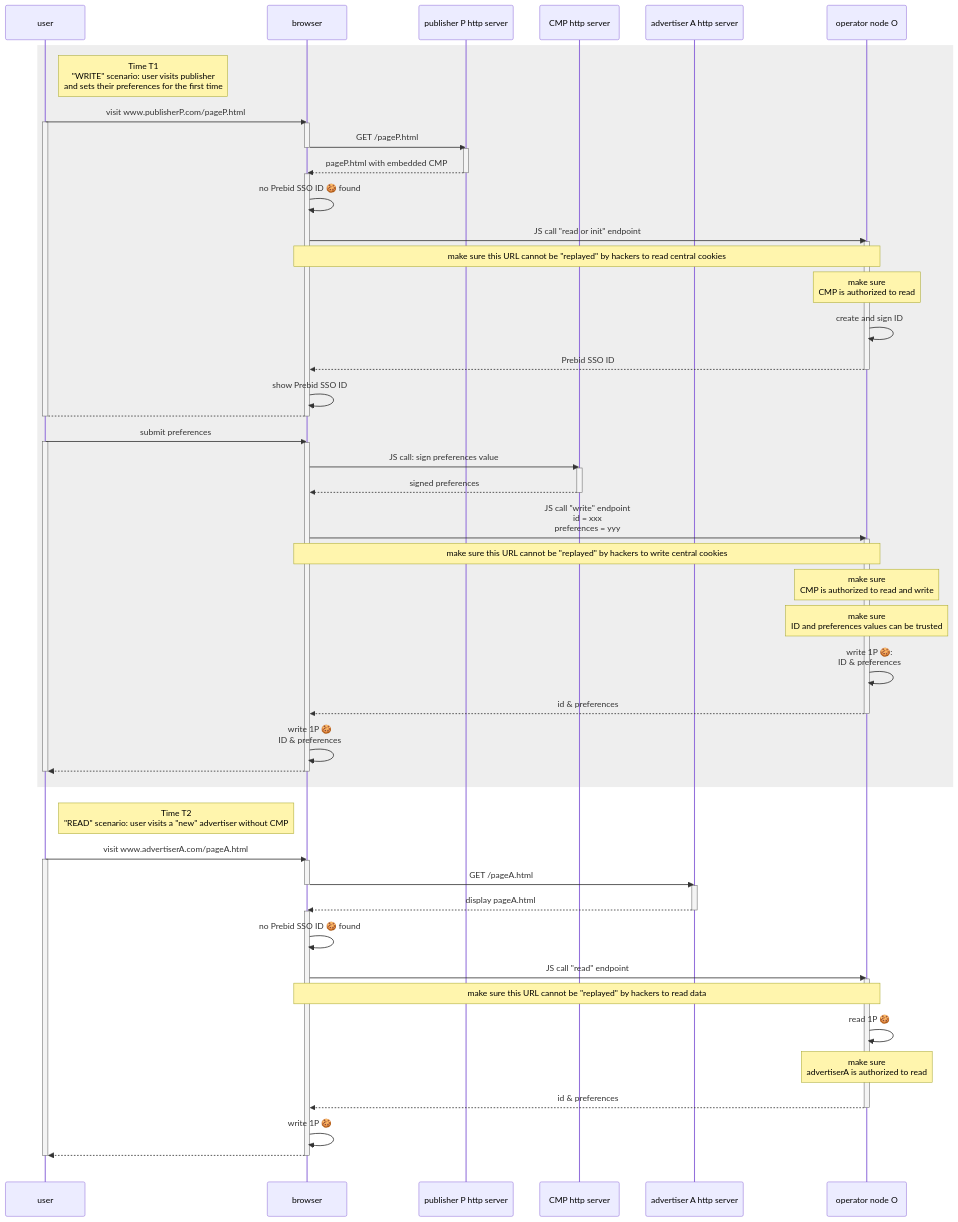
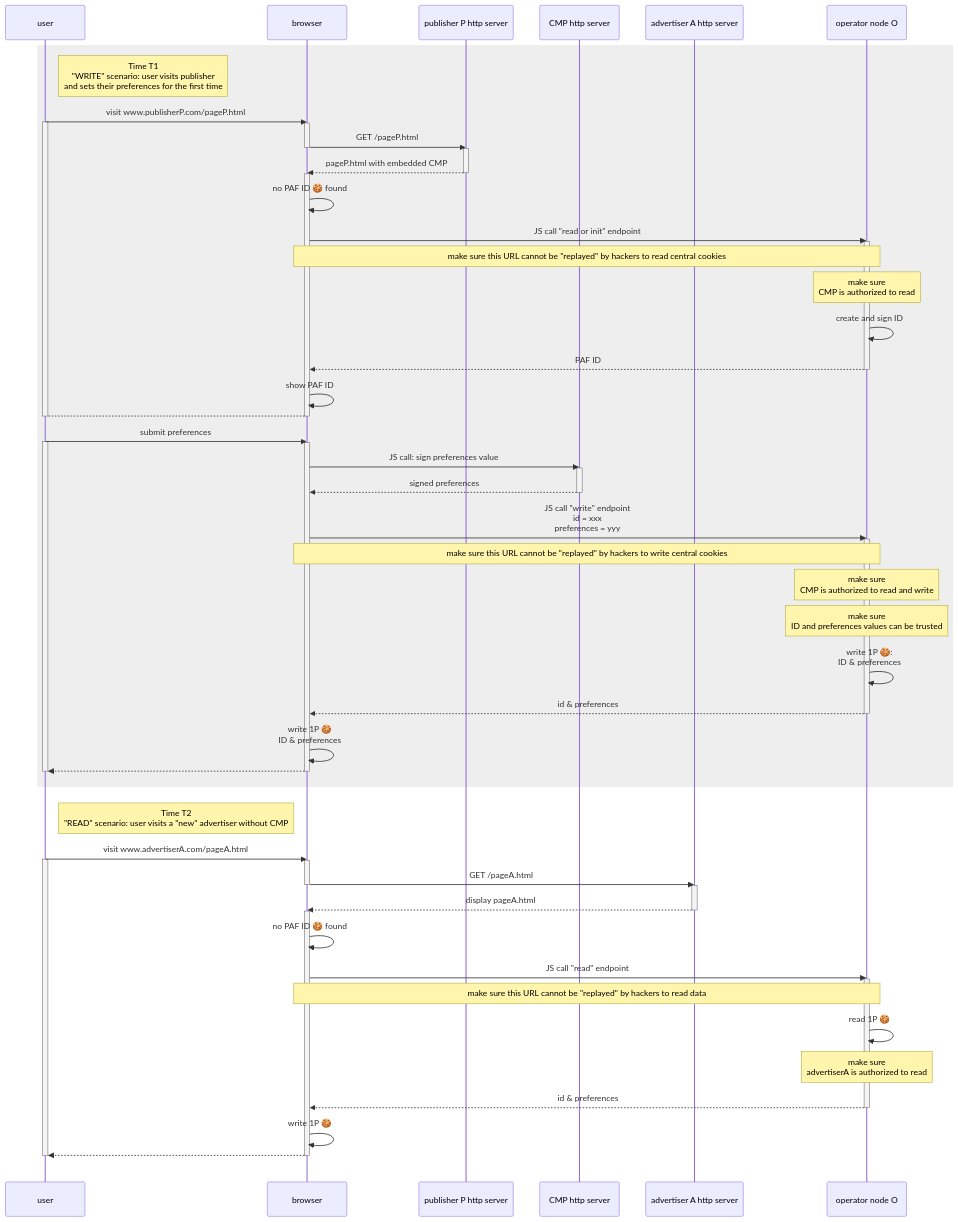
One commit to OneKey-Network/addressability-framework changed the first of 2 diagrams in mvp-spec/operator-requirements.md. Above: the diagram before and after it, drawn with Mermaid. The commit also changed other lines of this file and 11 other files, not shown here.

Commit message:
Remove any reference to Prebid SSO (#128)

```diff
--- a/mvp-spec/operator-requirements.md
+++ b/mvp-spec/operator-requirements.md
@@ -76,17 +76,17 @@
         deactivate P
 
         activate B
-            B ->> B: no Prebid SSO ID 🍪 found
+            B ->> B: no PAF ID 🍪 found
             B ->> O: JS call "read or init" endpoint
 
             activate O
                 note over B,O: make sure this URL cannot be "replayed" by hackers to read central cookies
                 note over O: make sure<br/>CMP is authorized to read
                 O ->> O: create and sign ID
-                O -->> B: Prebid SSO ID
+                O -->> B: PAF ID
             deactivate O
 
-            B ->> B: show Prebid SSO ID
+            B ->> B: show PAF ID
 
             B --> U: 
         deactivate B
@@ -138,7 +138,7 @@
 
         activate B
 
-            B ->> B: no Prebid SSO ID 🍪 found
+            B ->> B: no PAF ID 🍪 found
             B ->> O: JS call "read" endpoint
 
             activate O
```
